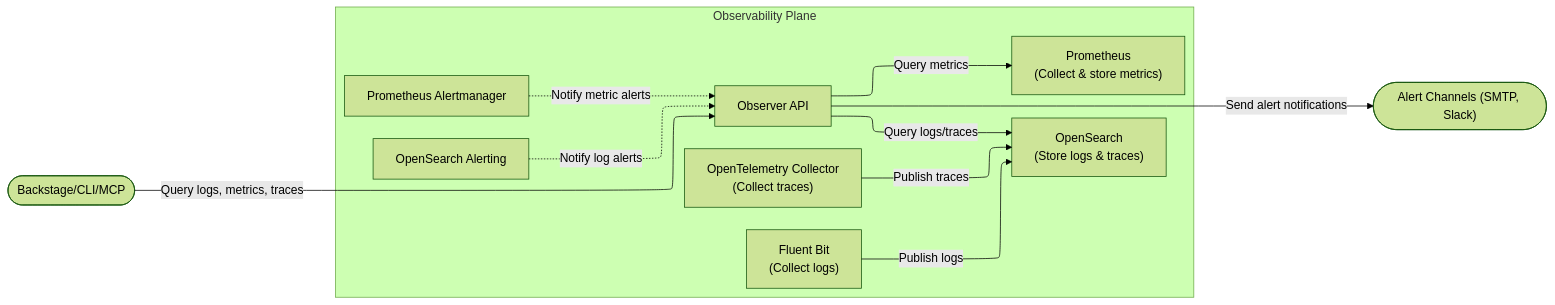
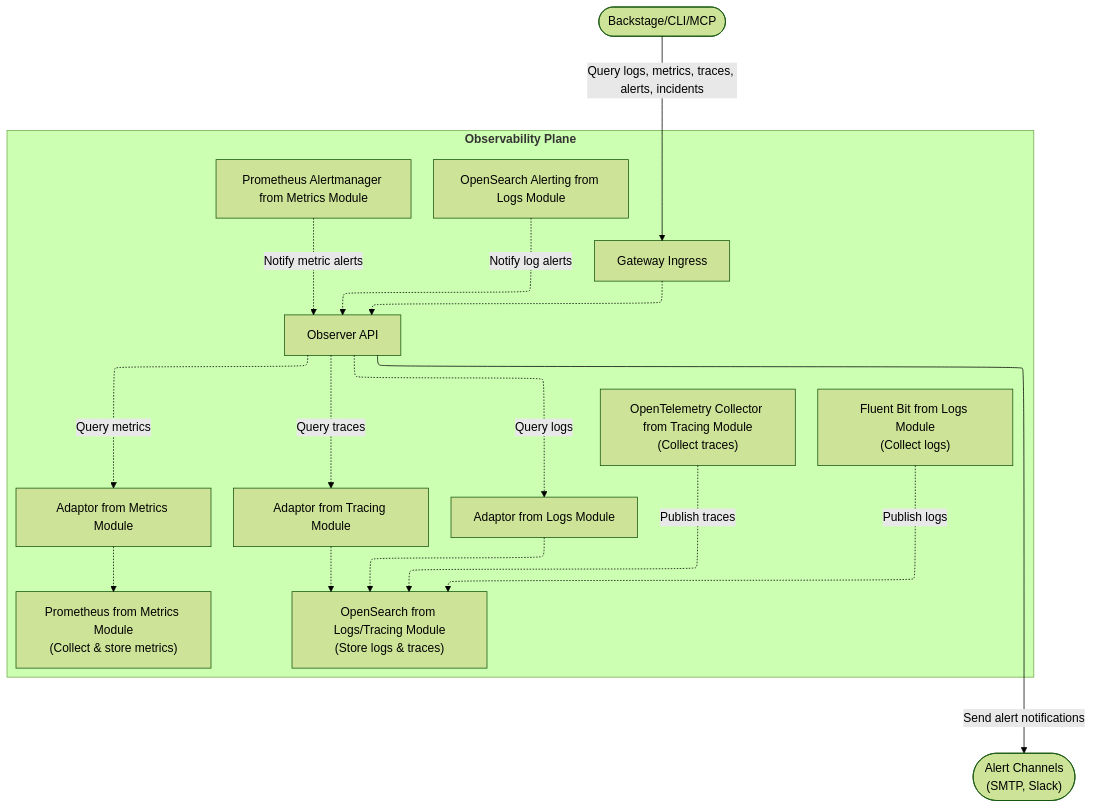
The first of 3 diagrams in docs/operations/observability-alerting.mdx (openchoreo/openchoreo.github.io), drawn with Mermaid (forest theme) before and after one commit. The commit also changed other lines of this file and 9 other files, not shown here.

First line of the commit message:
docs: enhance observability plane documentation (#407)

````diff
--- a/docs/operations/observability-alerting.mdx
+++ b/docs/operations/observability-alerting.mdx
@@ -37,25 +42,30 @@
 ```mermaid
 ---
 config:
   layout: elk
 ---
-flowchart LR
- subgraph OP["Observability Plane"]
+flowchart
+ subgraph ObservabilityPlane["<b>Observability Plane</b>"]
     direction LR
-        FluentBit["Fluent Bit<br>(Collect logs)"]
-        OpenSearch["OpenSearch<br>(Store logs &amp; traces)"]
-        OTel["OpenTelemetry Collector<br>(Collect traces)"]
+        FluentBit["Fluent Bit from Logs Module<br>(Collect logs)"]
+        OpenSearch["OpenSearch from Logs/Tracing Module<br>(Store logs &amp; traces)"]
+        OTel["OpenTelemetry Collector from Tracing Module<br>(Collect traces)"]
+        GatewayIngress["Gateway Ingress"]
         ObserverAPI["Observer API"]
-        OSAlerting["OpenSearch Alerting"]
-        PAM["Prometheus Alertmanager"]
-        Prometheus["Prometheus<br>(Collect &amp; store metrics)"]
+        LogsAdaptor["Adaptor from Logs Module"]
+        MetricsAdaptor["Adaptor from Metrics Module"]
+        TracingAdaptor["Adaptor from Tracing Module"]
+        OSAlerting["OpenSearch Alerting from Logs Module"]
+        PAM["Prometheus Alertmanager from Metrics Module"]
+        Prometheus["Prometheus from Metrics Module<br>(Collect &amp; store metrics)"]
   end
-    FluentBit -- Publish logs --> OpenSearch
-    OTel -- Publish traces --> OpenSearch
-    ObserverAPI -- Query logs/traces --> OpenSearch
-    ObserverAPI -- Query metrics --> Prometheus
-    OUT1(["Backstage/CLI/MCP"]) -- Query logs, metrics, traces --> ObserverAPI
-    ObserverAPI -- Send alert notifications --> OUT2(["Alert Channels (SMTP, Slack)"])
+    ObserverAPI -. Query logs .-> LogsAdaptor .-> OpenSearch
+    ObserverAPI -. Query metrics .-> MetricsAdaptor .-> Prometheus
+    OTel -. Publish traces .-> OpenSearch
+    FluentBit -. Publish logs .-> OpenSearch
+    ObserverAPI -. Query traces .-> TracingAdaptor .-> OpenSearch
+    ExternalClient(["Backstage/CLI/MCP"]) -- Query logs, metrics, traces, alerts, incidents --> GatewayIngress .-> ObserverAPI
+    ObserverAPI -- Send alert notifications --> AlertChannels(["Alert Channels <br>(SMTP, Slack)"])
     OSAlerting -. Notify log alerts .-> ObserverAPI
     PAM -. Notify metric alerts .-> ObserverAPI
 ```
````
